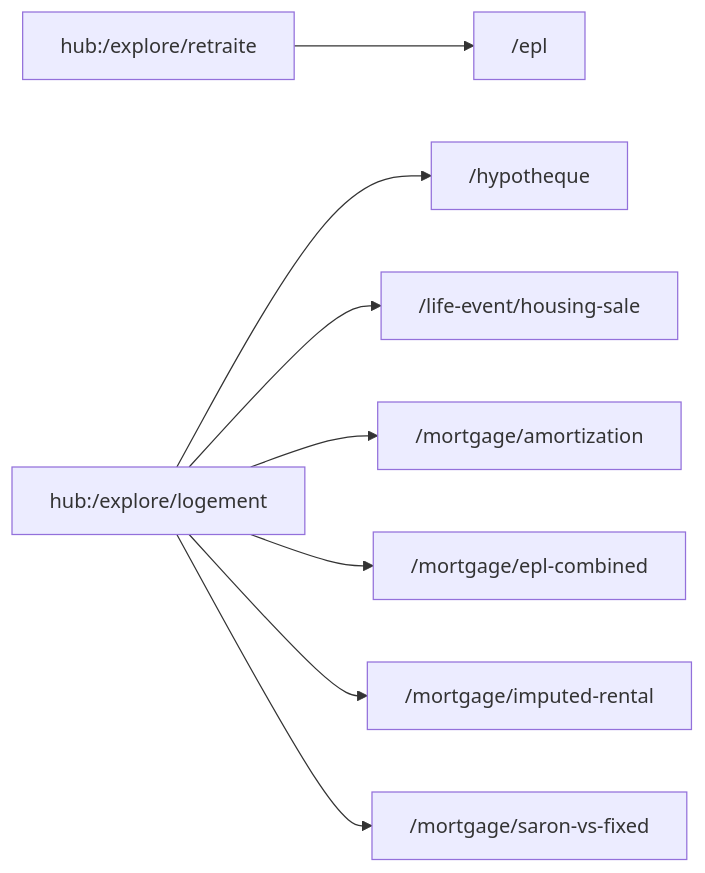
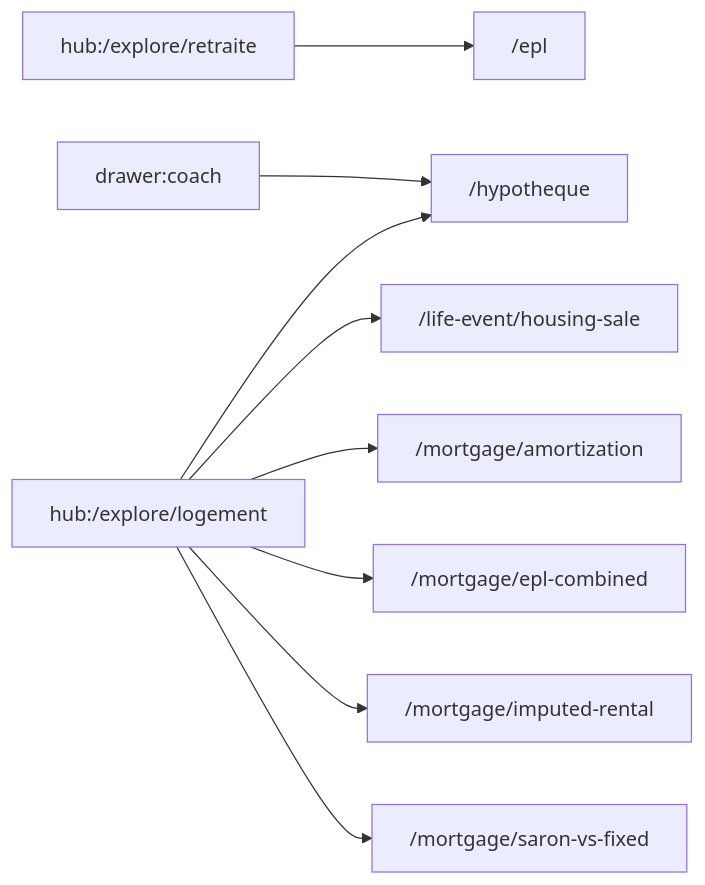
One commit to MINT-IA/MINT changed the diagram in .planning/architecture/themes/logement.md. Above: the diagram before and after it, drawn with Mermaid. The commit also changed other lines of this file and 7 other files, not shown here.

````diff
--- a/.planning/architecture/themes/logement.md
+++ b/.planning/architecture/themes/logement.md
@@ -33,10 +33,11 @@
 ```mermaid
 graph LR
   hub__explore_retraite["hub:/explore/retraite"] --> _epl["/epl"]
+  drawer_coach["drawer:coach"] --> _hypotheque["/hypotheque"]
   hub__explore_logement["hub:/explore/logement"] --> _hypotheque["/hypotheque"]
   hub__explore_logement["hub:/explore/logement"] --> _life_event_housing_sale["/life-event/housing-sale"]
   hub__explore_logement["hub:/explore/logement"] --> _mortgage_amortization["/mortgage/amortization"]
   hub__explore_logement["hub:/explore/logement"] --> _mortgage_epl_combined["/mortgage/epl-combined"]
   hub__explore_logement["hub:/explore/logement"] --> _mortgage_imputed_rental["/mortgage/imputed-rental"]
   hub__explore_logement["hub:/explore/logement"] --> _mortgage_saron_vs_fixed["/mortgage/saron-vs-fixed"]
 ```
````
